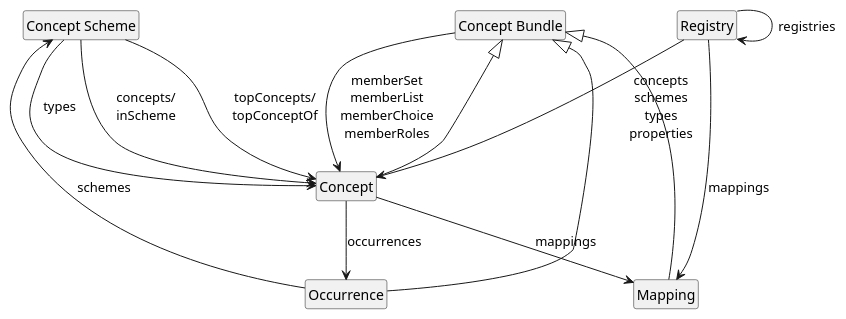
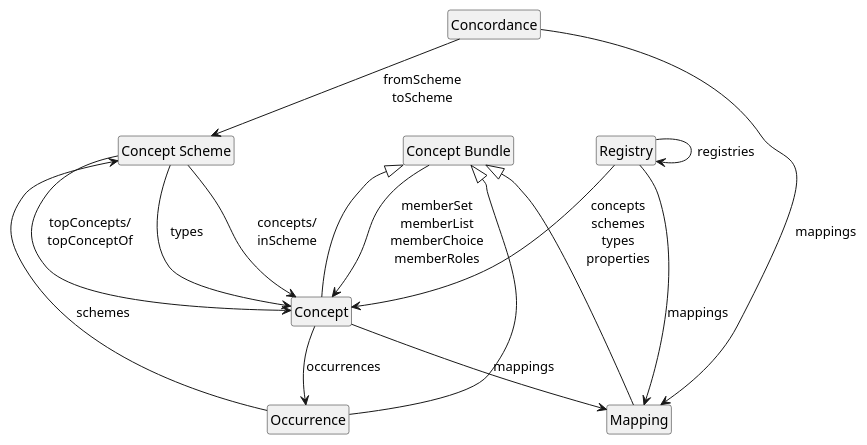
The diagram in links.puml (gbv/jskos), drawn with PlantUML before and after one commit. The commit also changed 3 other files, not shown here.

Commit message:
Update diagram

```diff
--- a/links.puml
+++ b/links.puml
@@ -1,27 +1,30 @@
 @startuml
 hide methods
 hide circles
 hide fields
 
 class "Concept Scheme" as ConceptScheme
 class "Concept Bundle" as Bundle
 
 ConceptScheme --> Concept : "concepts/\ninScheme"
 ConceptScheme --> Concept : "topConcepts/\ntopConceptOf"
 ConceptScheme --> Concept : types
 
 Bundle <|-- Concept
 Bundle <|-- Mapping
 Bundle <|-- Occurrence
 
 Bundle --> Concept : "memberSet\nmemberList\nmemberChoice\nmemberRoles"
 
 Concept --> Mapping : mappings
 Concept --> Occurrence : occurrences
 
 Occurrence --> ConceptScheme : schemes
 
 Registry --> Concept : "concepts\nschemes\ntypes\nproperties"
 Registry --> Mapping : mappings
 Registry --> Registry : registries
+
+Concordance --> Mapping : mappings
+Concordance --> ConceptScheme : "fromScheme\ntoScheme"
 @enduml
```
